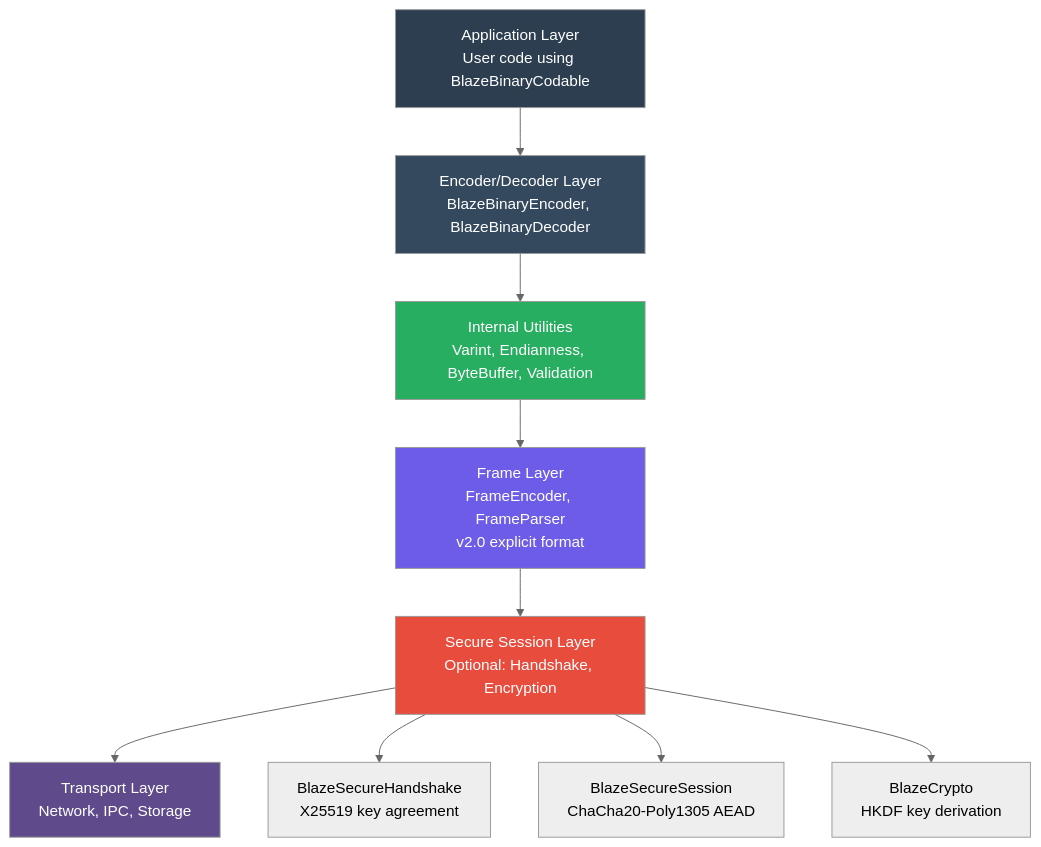
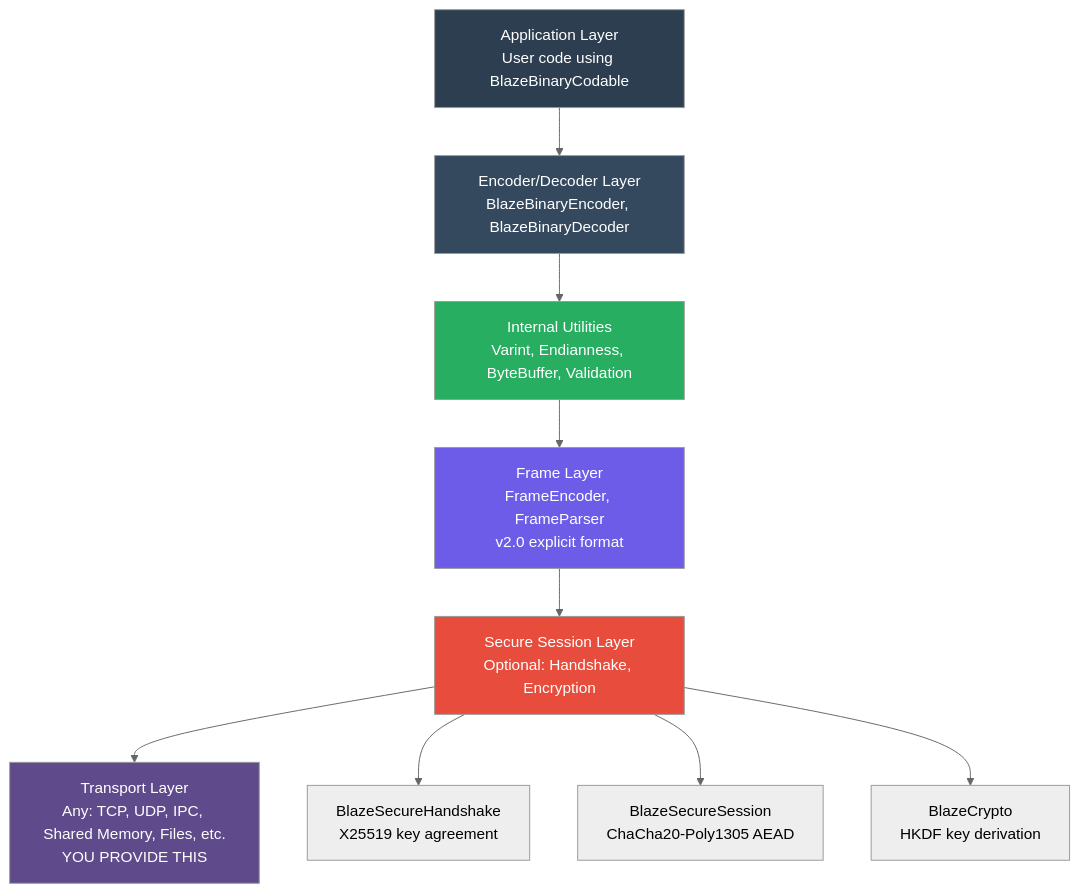
Before and after one commit to Mikedan37/BlazeBinary: the first of 8 diagrams in Docs/Core/ARCHITECTURE.md, drawn with Mermaid (neutral theme). The commit also changed 11 other files, not shown here.

````diff
--- a/Docs/Core/ARCHITECTURE.md
+++ b/Docs/Core/ARCHITECTURE.md
@@ -13,19 +13,19 @@
 ```mermaid
 graph TD
     A[Application Layer<br/>User code using BlazeBinaryCodable] --> B[Encoder/Decoder Layer<br/>BlazeBinaryEncoder, BlazeBinaryDecoder]
     B --> C[Internal Utilities<br/>Varint, Endianness, ByteBuffer, Validation]
     C --> D[Frame Layer<br/>FrameEncoder, FrameParser<br/>v2.0 explicit format]
     D --> E[Secure Session Layer<br/>Optional: Handshake, Encryption]
-    E --> F[Transport Layer<br/>Network, IPC, Storage]
+    E --> F[Transport Layer<br/>Any: TCP, UDP, IPC, Shared Memory, Files, etc.<br/>YOU PROVIDE THIS]
     
     E --> E1[BlazeSecureHandshake<br/>X25519 key agreement]
     E --> E2[BlazeSecureSession<br/>ChaCha20-Poly1305 AEAD]
     E --> E3[BlazeCrypto<br/>HKDF key derivation]
     
     style A fill:#2c3e50,color:#ffffff
     style B fill:#34495e,color:#ffffff
     style C fill:#27ae60,color:#ffffff
     style D fill:#6c5ce7,color:#ffffff
     style E fill:#e74c3c,color:#ffffff
     style F fill:#5f4b8b,color:#ffffff
 ```
````
